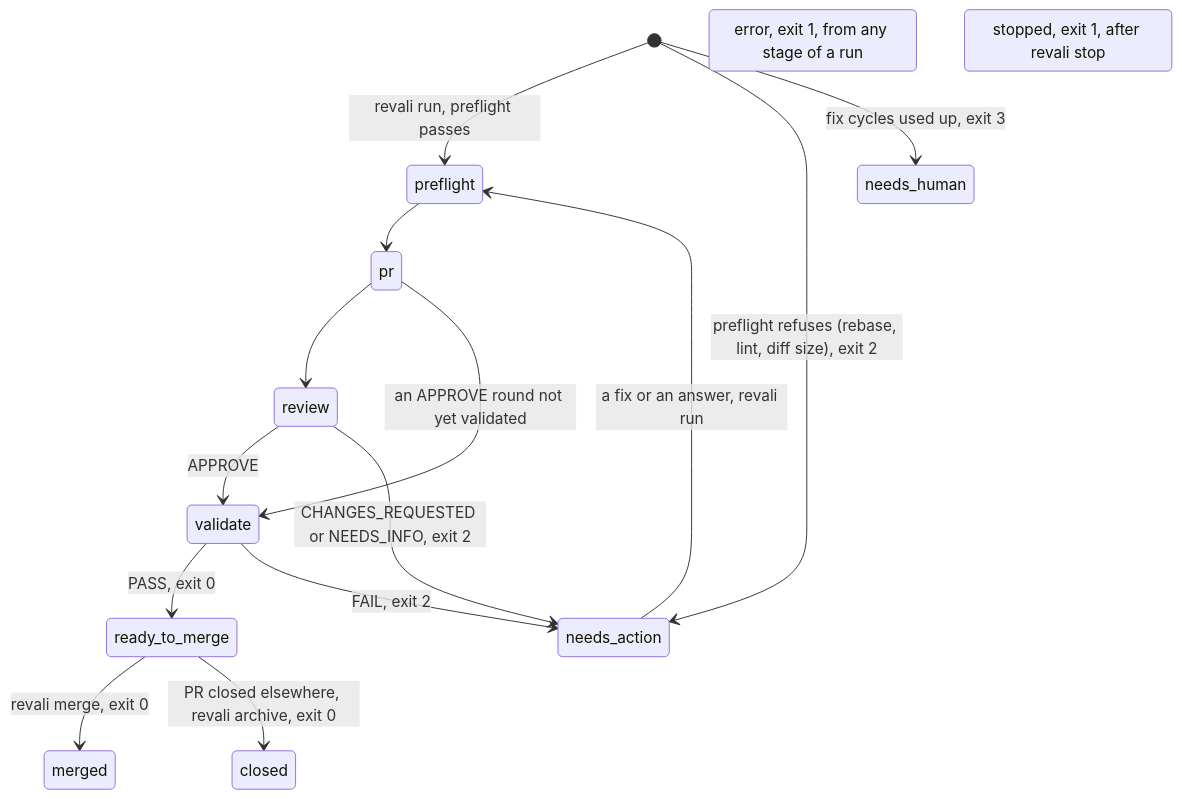
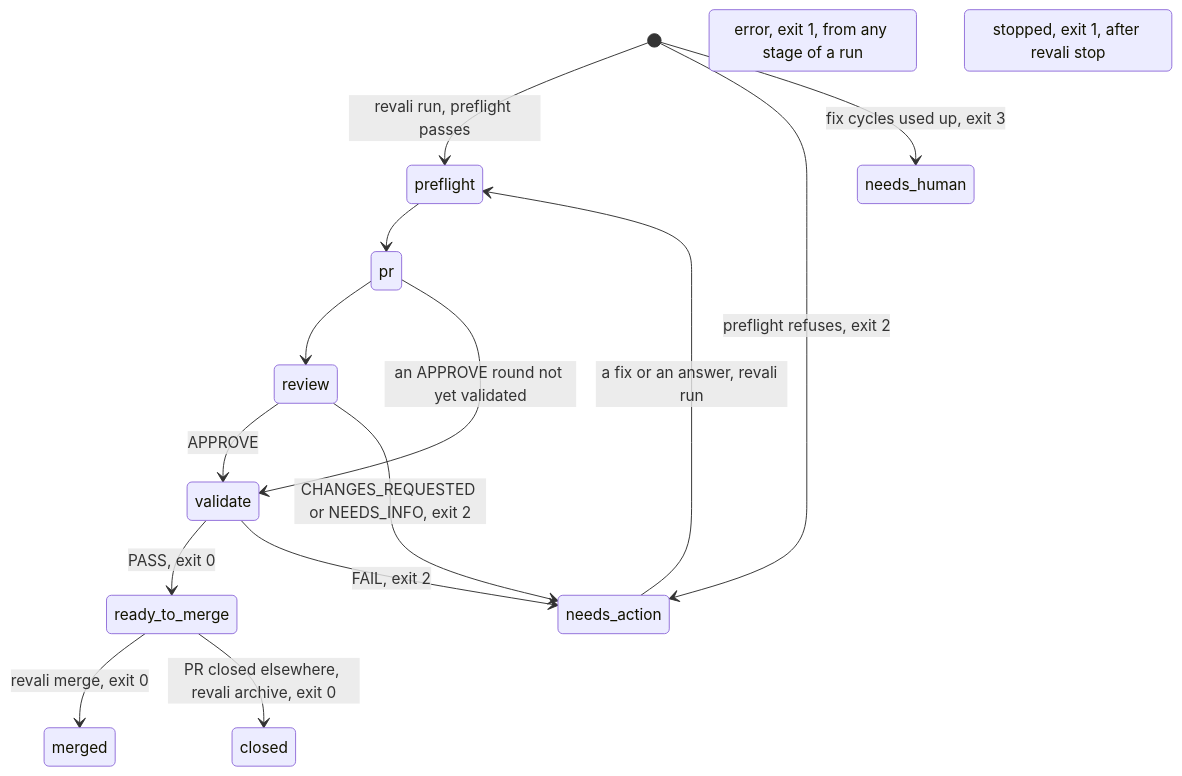
The diagram in docs/workflow.md (ianmhuang/revali), drawn with Mermaid before and after one commit. The commit also changed other lines of this file and 1 other file, not shown here.

First line of the commit message:
Name every preflight refusal under the stage diagram, skip fenced code in the anchor check

````diff
--- a/docs/workflow.md
+++ b/docs/workflow.md
@@ -127,18 +127,18 @@
 ```mermaid
 stateDiagram-v2
     [*] --> preflight: revali run, preflight passes
-    [*] --> needs_action: preflight refuses (rebase, lint, diff size), exit 2
+    [*] --> needs_action: preflight refuses, exit 2
     [*] --> needs_human: fix cycles used up, exit 3
     preflight --> pr
     pr --> review
     pr --> validate: an APPROVE round not yet validated
     review --> validate: APPROVE
     validate --> ready_to_merge: PASS, exit 0
     review --> needs_action: CHANGES_REQUESTED or NEEDS_INFO, exit 2
     validate --> needs_action: FAIL, exit 2
     needs_action --> preflight: a fix or an answer, revali run
     ready_to_merge --> merged: revali merge, exit 0
     ready_to_merge --> closed: PR closed elsewhere, revali archive, exit 0
     error : error, exit 1, from any stage of a run
     stopped : stopped, exit 1, after revali stop
 ```
````
